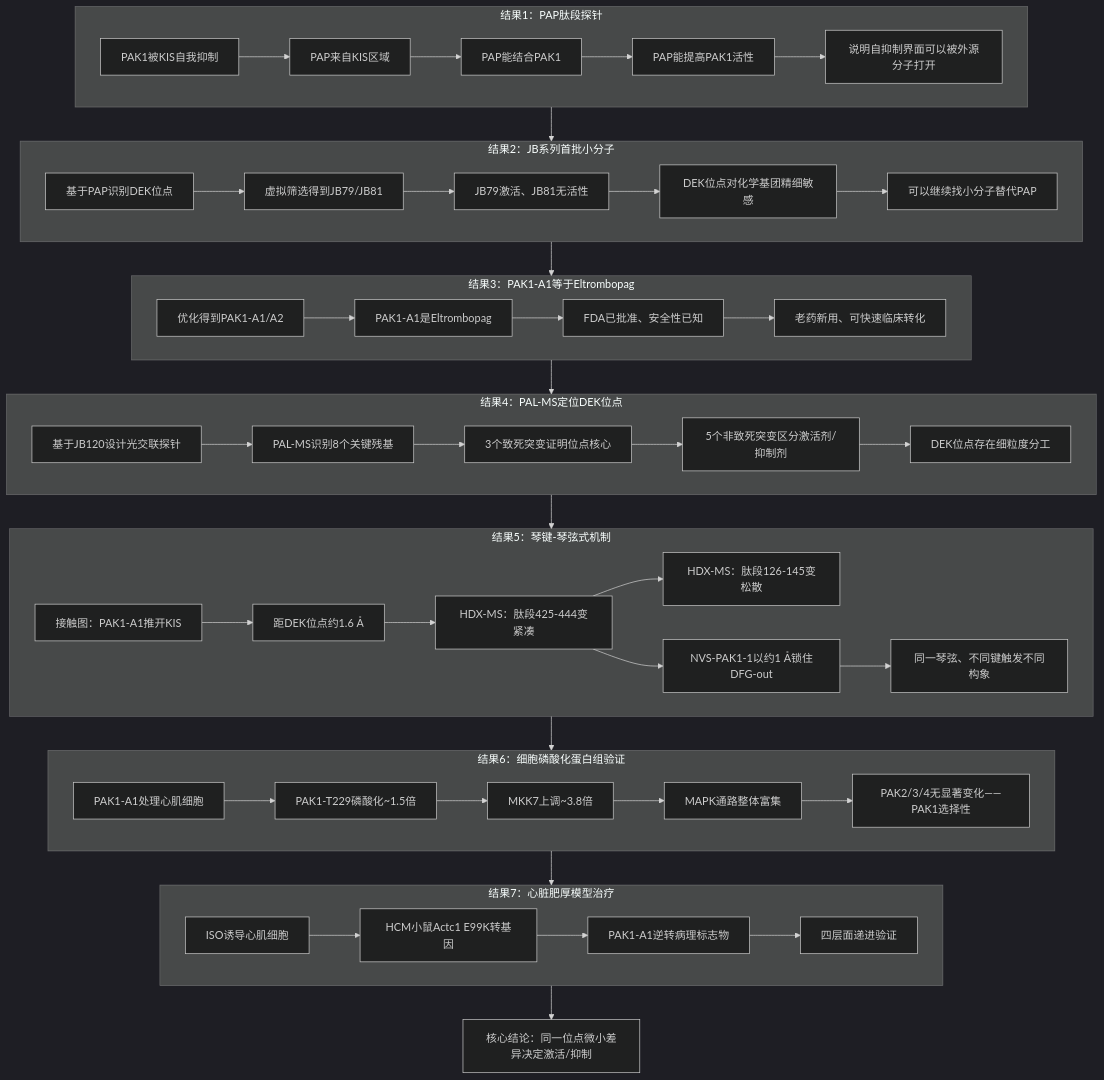
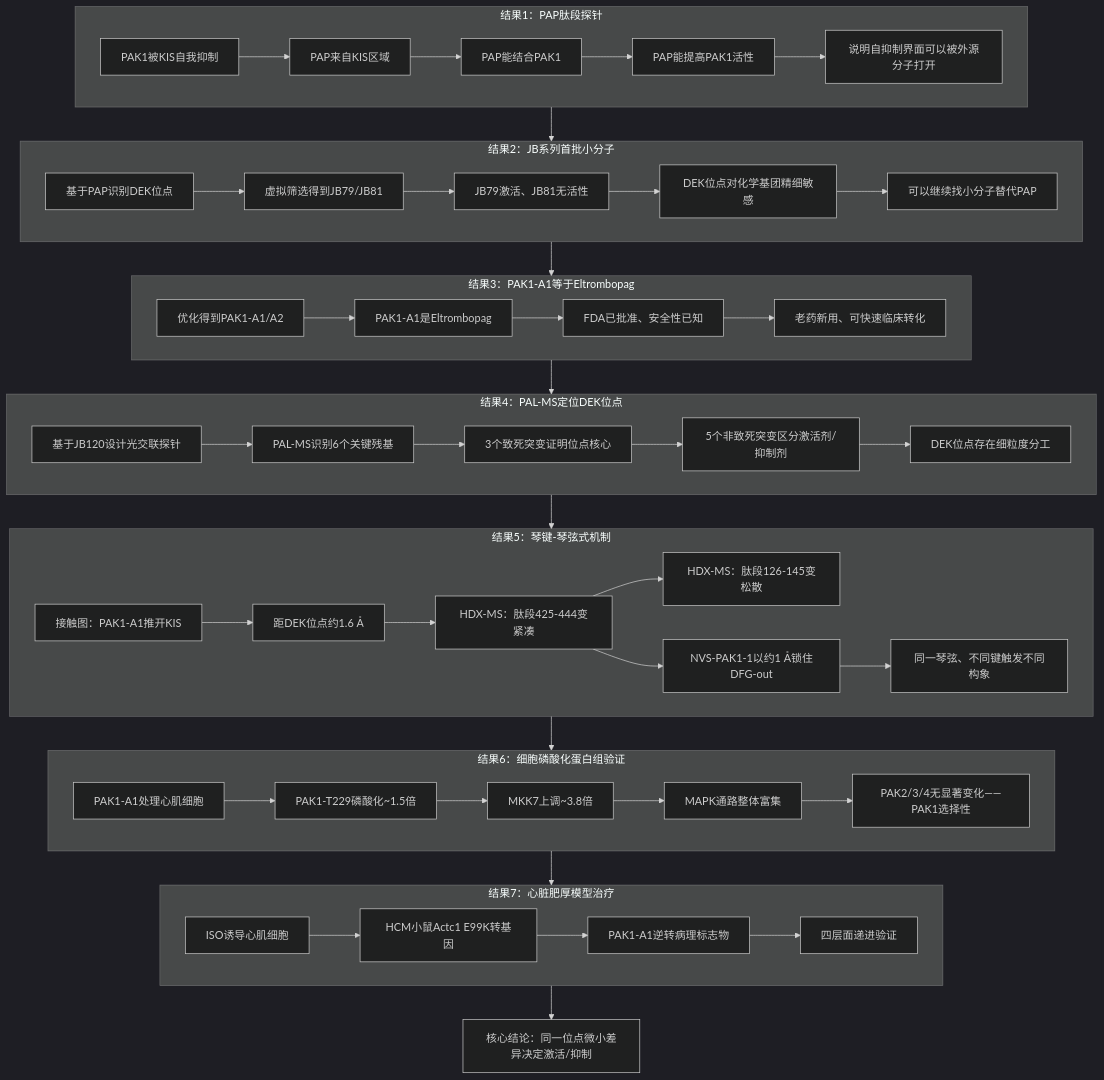
Before and after one commit to gxf1212/mendelevium: the diagram in _pages/Drug Design/2026-06-28-pak1-activators.md, drawn with Mermaid (dark theme). The commit also changed other lines of this file and 2 other files, not shown here.

Commit message:
fix js figure path

````diff
--- a/_pages/Drug Design/2026-06-28-pak1-activators.md
+++ b/_pages/Drug Design/2026-06-28-pak1-activators.md
@@ -105,71 +106,71 @@
 ```mermaid
 graph TB
     subgraph R1["结果1：PAP肽段探针"]
         A1["PAK1被KIS自我抑制"]
         A2["PAP来自KIS区域"]
         A3["PAP能结合PAK1"]
         A4["PAP能提高PAK1活性"]
         A5["说明自抑制界面可以被外源分子打开"]
         A1 --> A2 --> A3 --> A4 --> A5
     end
 
     subgraph R2["结果2：JB系列首批小分子"]
         B1["基于PAP识别DEK位点"]
         B2["虚拟筛选得到JB79/JB81"]
         B3["JB79激活、JB81无活性"]
         B4["DEK位点对化学基团精细敏感"]
         B5["可以继续找小分子替代PAP"]
         B1 --> B2 --> B3 --> B4 --> B5
     end
 
     subgraph R3["结果3：PAK1-A1等于Eltrombopag"]
         C1["优化得到PAK1-A1/A2"]
         C2["PAK1-A1是Eltrombopag"]
         C3["FDA已批准、安全性已知"]
         C4["老药新用、可快速临床转化"]
         C1 --> C2 --> C3 --> C4
     end
 
     subgraph R4["结果4：PAL-MS定位DEK位点"]
         D1["基于JB120设计光交联探针"]
-        D2["PAL-MS识别8个关键残基"]
+        D2["PAL-MS识别6个关键残基"]
         D3["3个致死突变证明位点核心"]
         D4["5个非致死突变区分激活剂/抑制剂"]
         D5["DEK位点存在细粒度分工"]
         D1 --> D2 --> D3 --> D4 --> D5
     end
 
     subgraph R5["结果5：琴键-琴弦式机制"]
         E1["接触图：PAK1-A1推开KIS"]
         E2["距DEK位点约1.6 Å"]
         E3["HDX-MS：肽段425-444变紧凑"]
         E4["HDX-MS：肽段126-145变松散"]
         E5["NVS-PAK1-1以约1 Å锁住DFG-out"]
         E6["同一琴弦、不同键触发不同构象"]
         E1 --> E2 --> E3 --> E4
         E3 --> E5
         E5 --> E6
     end
 
     subgraph R6["结果6：细胞磷酸化蛋白组验证"]
         F1["PAK1-A1处理心肌细胞"]
         F2["PAK1-T229磷酸化~1.5倍"]
         F3["MKK7上调~3.8倍"]
         F4["MAPK通路整体富集"]
         F5["PAK2/3/4无显著变化——PAK1选择性"]
         F1 --> F2 --> F3 --> F4 --> F5
     end
 
     subgraph R7["结果7：心脏肥厚模型治疗"]
         G1["ISO诱导心肌细胞"]
         G2["HCM小鼠Actc1 E99K转基因"]
         G3["PAK1-A1逆转病理标志物"]
         G4["四层面递进验证"]
         G1 --> G2 --> G3 --> G4
     end
 
     R1 --> R2 --> R3 --> R4 --> R5 --> R6 --> R7
 
     H["核心结论：同一位点微小差异决定激活/抑制"]
     R7 --> H
 ```
````
